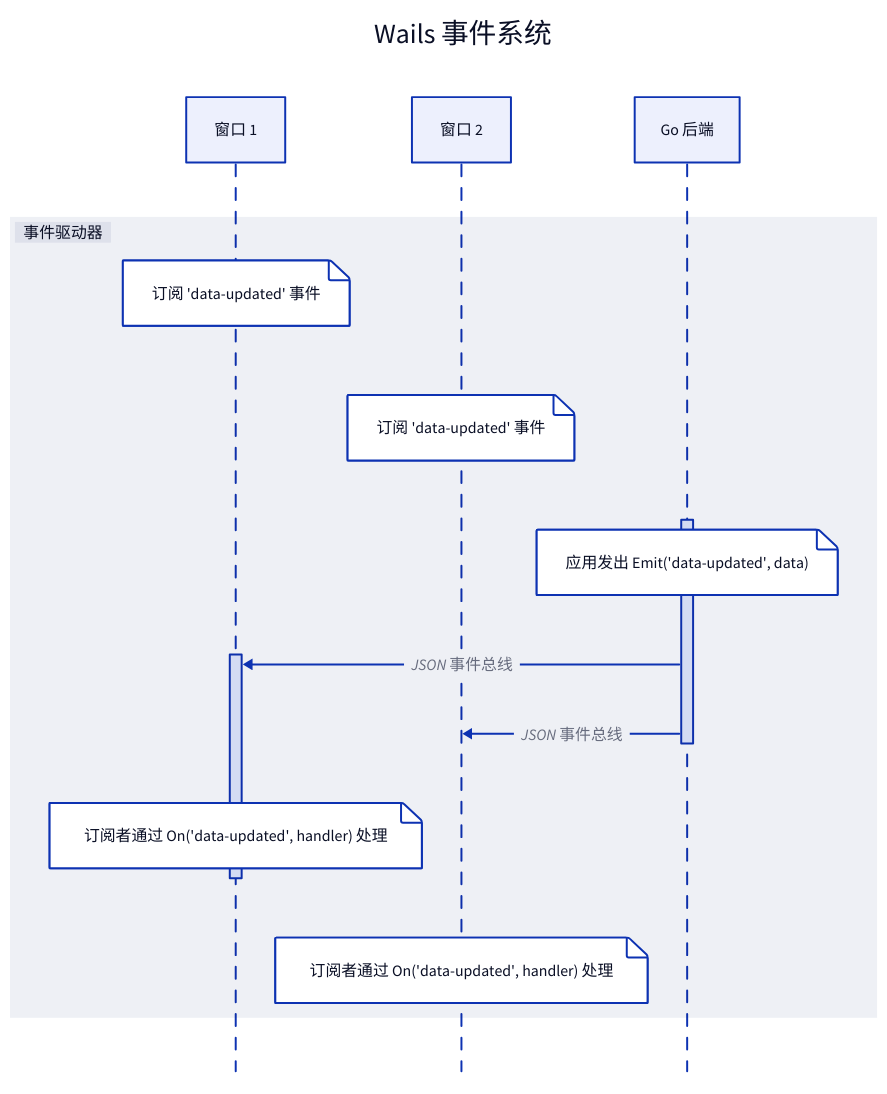
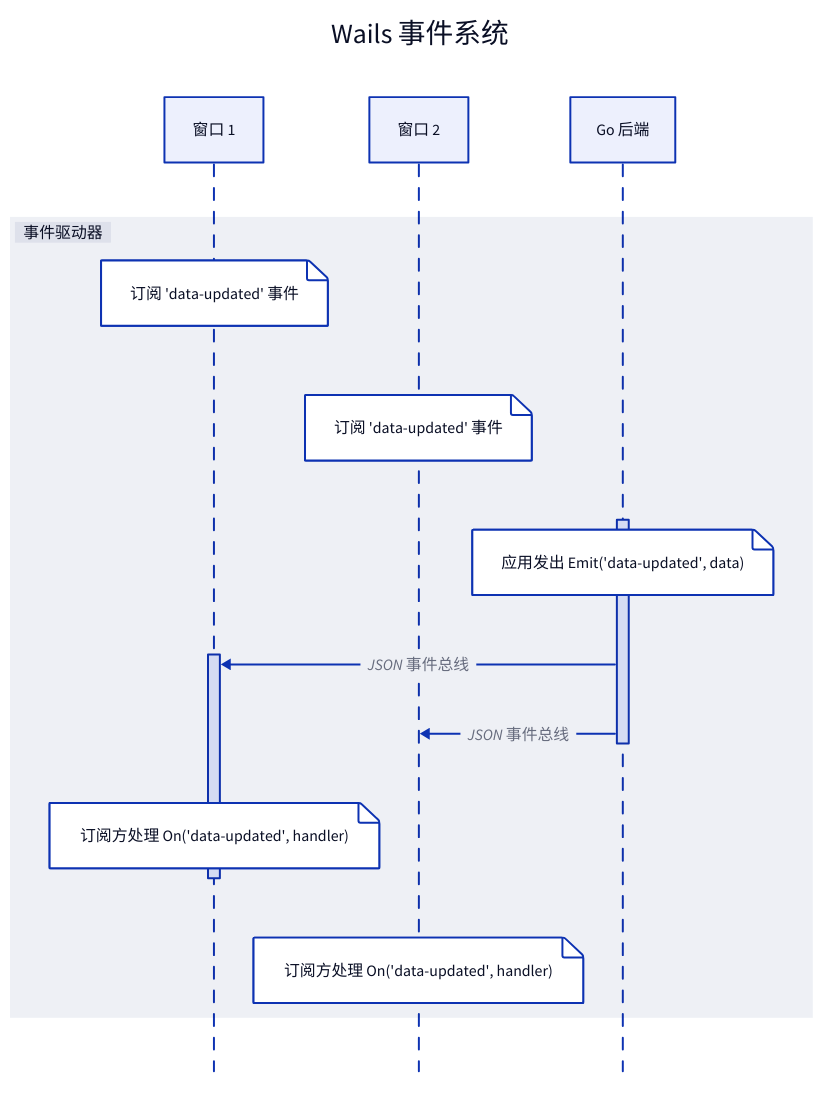
One commit to wailsapp/wails changed the third of 8 diagrams in docs/mpress/content/zh-cn/concepts/architecture.md. Above: the diagram before and after it, drawn with D2. The commit also changed other lines of this file and 1096 other files, not shown here.

````diff
--- a/docs/mpress/content/zh-cn/concepts/architecture.md
+++ b/docs/mpress/content/zh-cn/concepts/architecture.md
@@ -204,24 +204,24 @@
 ```d2
 direction: left
 
 Wails Event System: Wails 事件系统 {
   shape: sequence_diagram
 
   window1: 窗口 1
   window2: 窗口 2
   backend: Go 后端
 
   Event Driver: 事件驱动器 {
     shape: sequence_diagram
     window1."Subscribe to 'data-updated' events": "订阅 'data-updated' 事件"
     window2."Subscribe to 'data-updated' events": "订阅 'data-updated' 事件"
     backend.a."App Emit('data-updated', data)": "应用发出 Emit('data-updated', data)"
     backend.a -> window1.a: JSON 事件总线
     backend.a -> window2: JSON 事件总线
-    window1.a."Subscriber processes On('data-updated', handler)": "订阅者通过 On('data-updated', handler) 处理"
-    window2."Subscriber processes On('data-updated', handler)": "订阅者通过 On('data-updated', handler) 处理"
+    window1.a."Subscriber processes On('data-updated', handler)": "订阅方处理 On('data-updated', handler)"
+    window2."Subscriber processes On('data-updated', handler)": "订阅方处理 On('data-updated', handler)"
   }
   backend.a.label: a
   window1.a.label: a
 }
 ```
````
